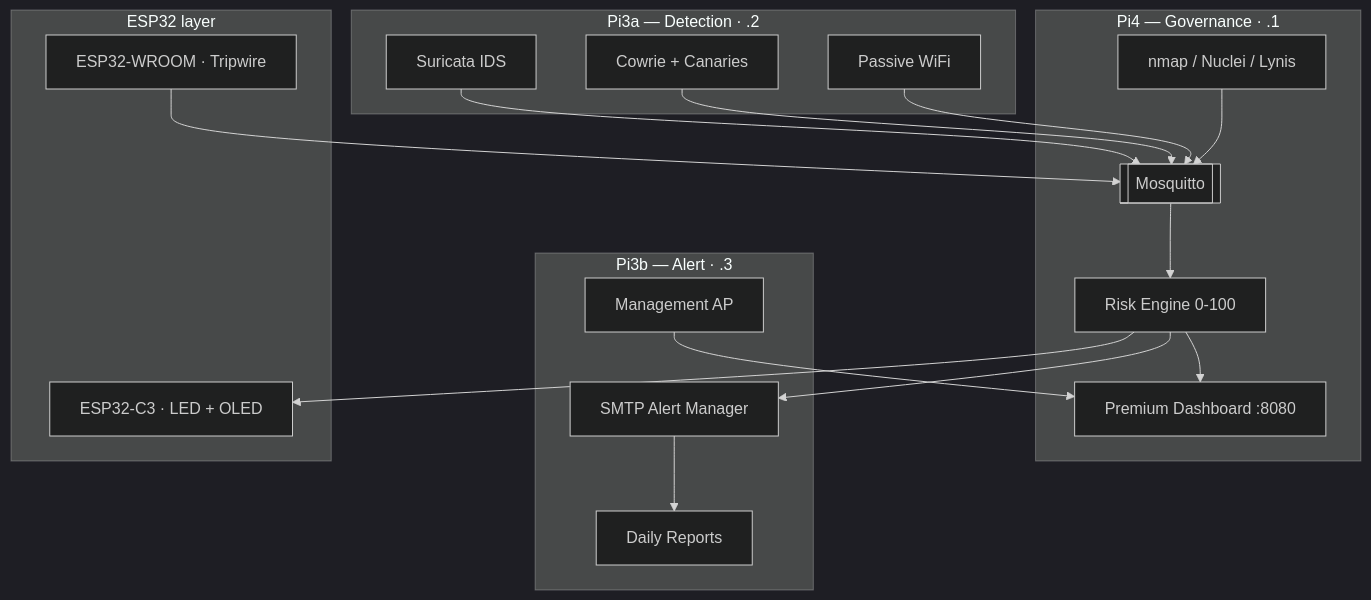
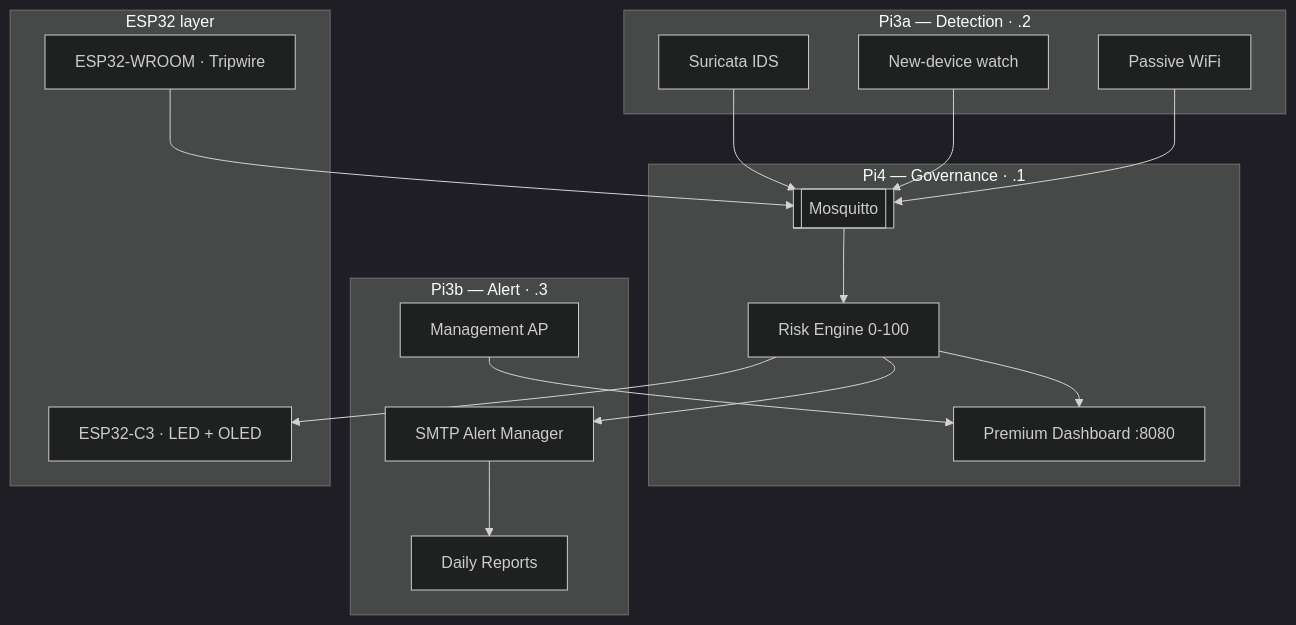
Before and after one commit to ADITYA02NM/ULTRON: the diagram in README.md, drawn with Mermaid (dark theme). The commit also changed other lines of this file and 4 other files, not shown here.

Commit message:
refactor: lean home-guard prune — cut honeypot/scanners, add passive LAN watch

````diff
--- a/README.md
+++ b/README.md
@@ -87,38 +87,36 @@
 ```mermaid
 flowchart TB
   subgraph DET["Pi3a — Detection · .2"]
     SUR[Suricata IDS]
-    COW[Cowrie + Canaries]
+    LAN[New-device watch]
     WIFI[Passive WiFi]
   end
 
   subgraph GOV["Pi4 — Governance · .1"]
     MQTT[[Mosquitto]]
     RISK[Risk Engine 0-100]
-    SCAN[nmap / Nuclei / Lynis]
     DASH["Premium Dashboard :8080"]
   end
 
   subgraph ALRT["Pi3b — Alert · .3"]
     MAIL[SMTP Alert Manager]
     RPT[Daily Reports]
     AP[Management AP]
   end
 
   subgraph EDGE["ESP32 layer"]
     C3[ESP32-C3 · LED + OLED]
     WROOM[ESP32-WROOM · Tripwire]
   end
 
   SUR --> MQTT
-  COW --> MQTT
+  LAN --> MQTT
   WIFI --> MQTT
-  SCAN --> MQTT
   WROOM --> MQTT
   MQTT --> RISK
   RISK --> DASH
   RISK --> C3
   RISK --> MAIL
   MAIL --> RPT
   AP --> DASH
 ```
````
